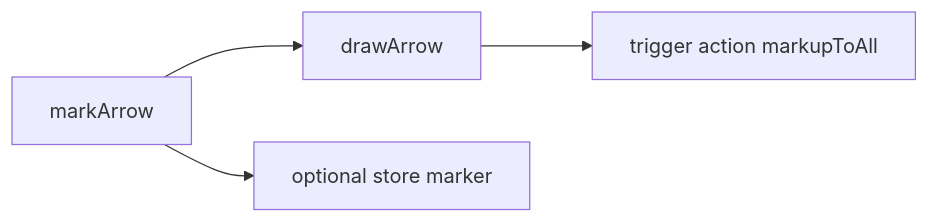
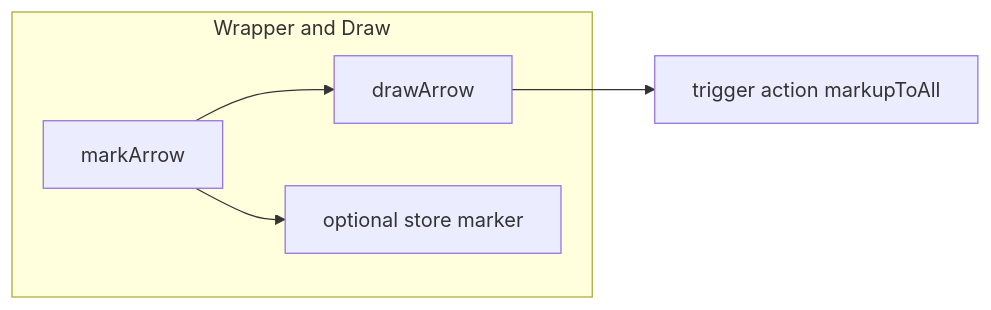
The first of 4 diagrams in docs/markers/arrows.md (Gh0st352/AETHR), drawn with Mermaid before and after one commit. The commit also changed other lines of this file and 4 other files, not shown here.

First line of the commit message:
docs(markers): reorganize Mermaid diagrams into subgraphs

````diff
--- a/docs/markers/arrows.md
+++ b/docs/markers/arrows.md
@@ -12,6 +12,12 @@
 ```mermaid
+%% shared theme: docs/_mermaid/theme.json %%
 flowchart LR
-  MA[markArrow] --> DA[drawArrow]
+  subgraph "Wrapper and Draw"
+    MA[markArrow] --> DA[drawArrow]
+    MA --> ST[optional store marker]
+  end
   DA --> TA[trigger action markupToAll]
-  MA --> ST[optional store marker]
+  class MA,ST class_step;
+  class DA class_compute;
+  class TA class_io;
 ```
````
